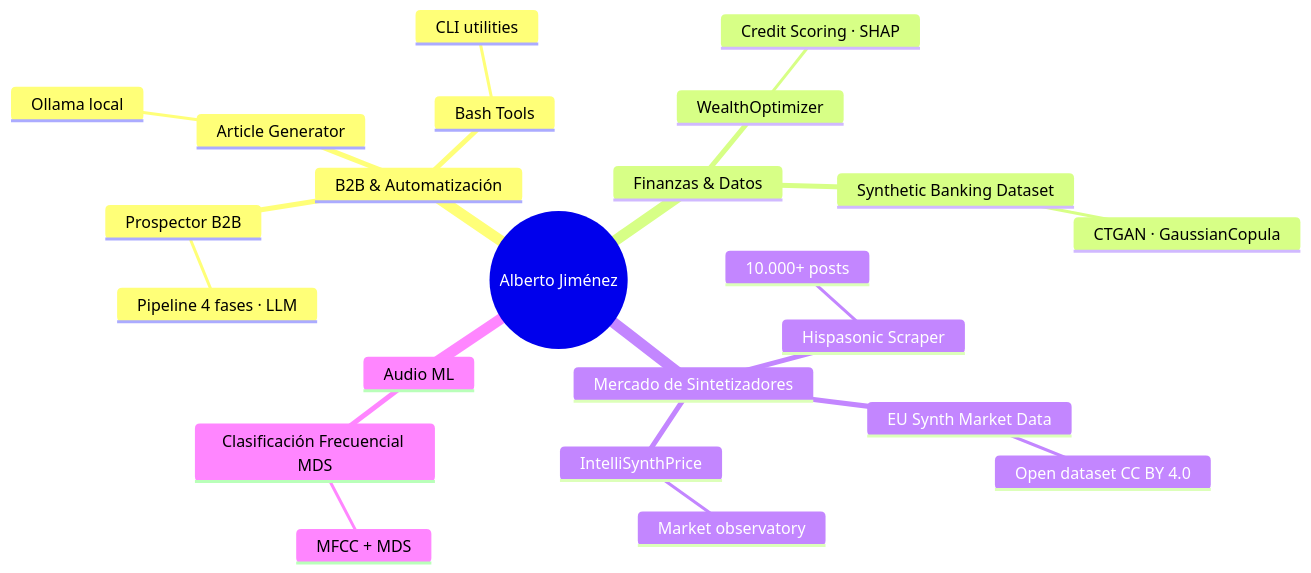
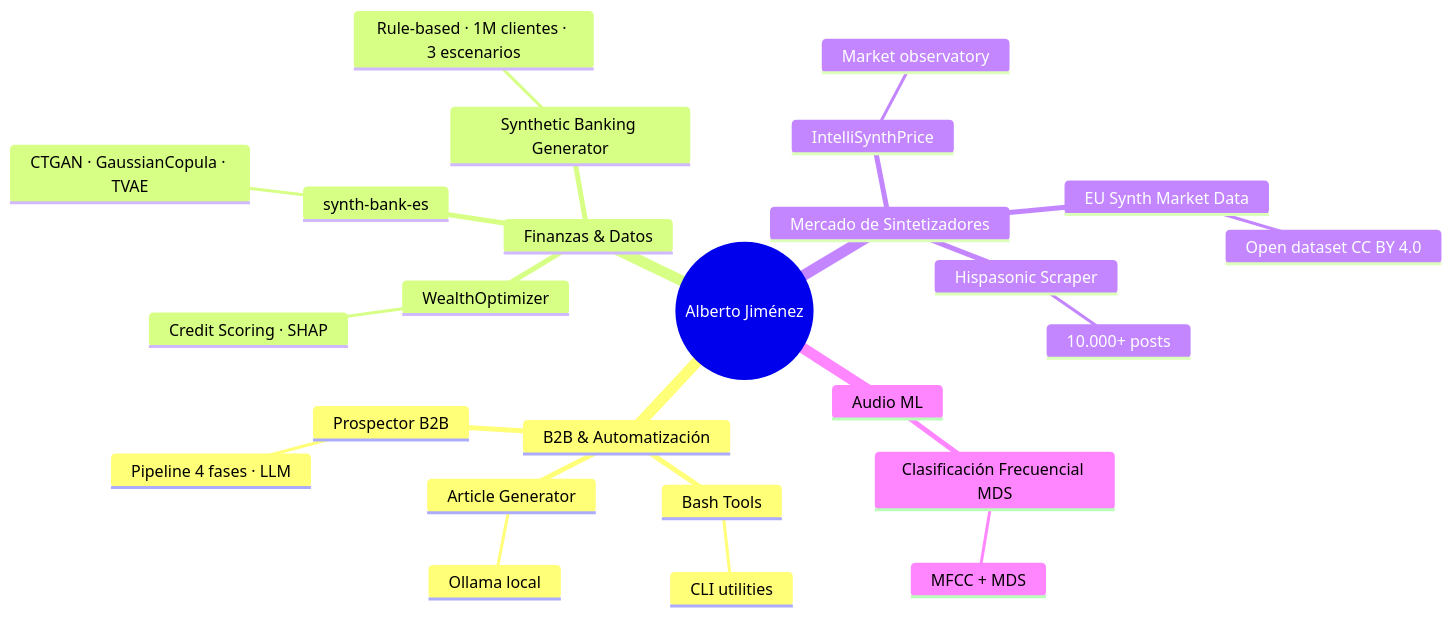
One commit to albertjimrod/albertjimrod changed the diagram in README.md. Above: the diagram before and after it, drawn with Mermaid. The commit also changed other lines of this file, not shown here.

Commit message:
añade synth-bank-es y Synthetic-banking-dataset-generator al perfil

````diff
--- a/README.md
+++ b/README.md
@@ -43,26 +45,28 @@
 ```mermaid
 mindmap
   root((Alberto Jiménez))
     B2B & Automatización
       Prospector B2B
         Pipeline 4 fases · LLM
       Article Generator
         Ollama local
       Bash Tools
         CLI utilities
     Finanzas & Datos
       WealthOptimizer
         Credit Scoring · SHAP
-      Synthetic Banking Dataset
-        CTGAN · GaussianCopula
+      synth-bank-es
+        CTGAN · GaussianCopula · TVAE
+      Synthetic Banking Generator
+        Rule-based · 1M clientes · 3 escenarios
     Mercado de Sintetizadores
       IntelliSynthPrice
         Market observatory
       EU Synth Market Data
         Open dataset CC BY 4.0
       Hispasonic Scraper
         10.000+ posts
     Audio ML
       Clasificación Frecuencial MDS
         MFCC + MDS
 ```
````
